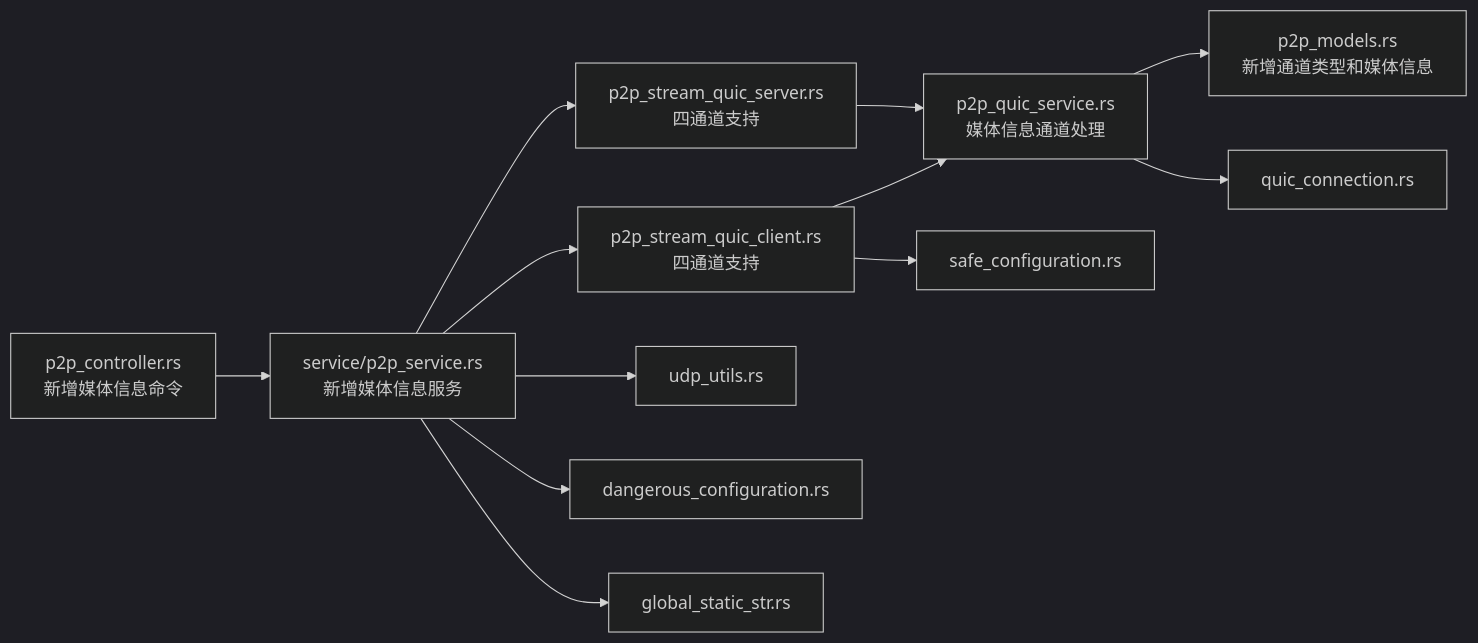
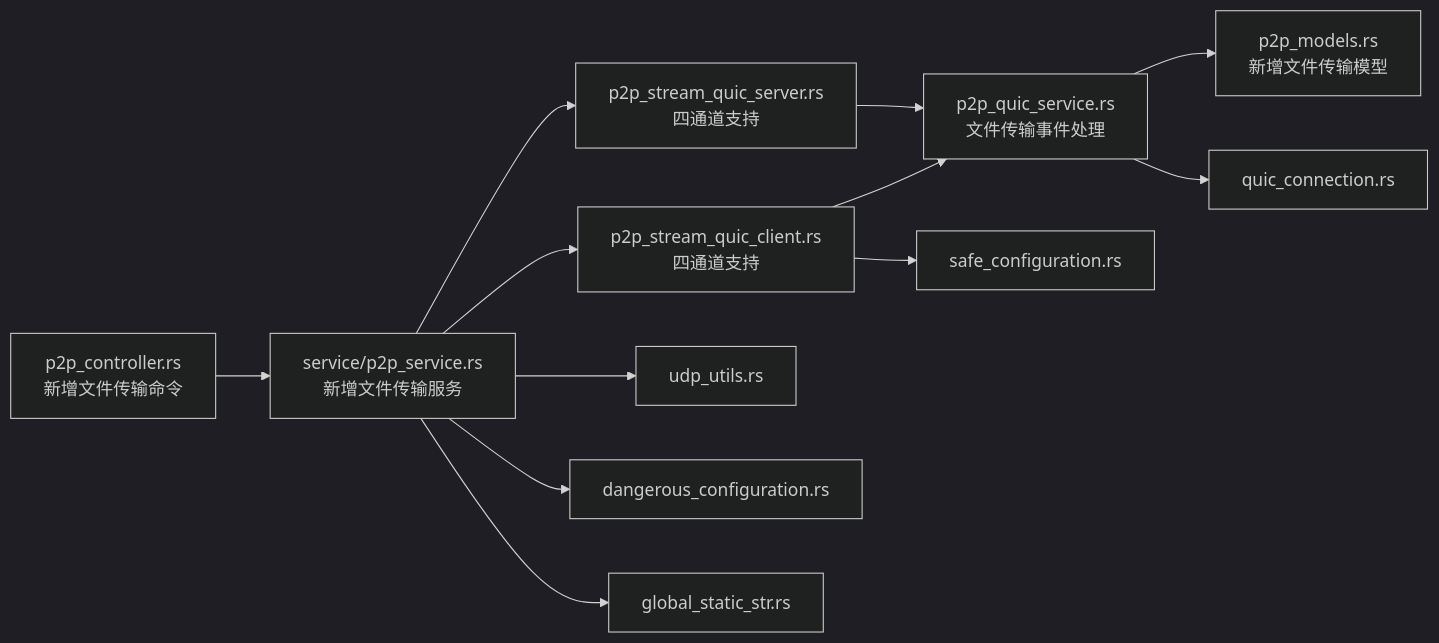
Diagram 13 of 17 in .qoder/repowiki/zh/content/后端服务/P2P服务.md (nicolastinger/only-talk-app), drawn with Mermaid (dark theme) before and after one commit. The commit also changed other lines of this file and 9 other files, not shown here.

````diff
--- a/.qoder/repowiki/zh/content/后端服务/P2P服务.md
+++ b/.qoder/repowiki/zh/content/后端服务/P2P服务.md
@@ -497,14 +697,14 @@
 ```mermaid
 graph LR
-CMD["p2p_controller.rs<br/>新增媒体信息命令"] --> SVC["service/p2p_service.rs<br/>新增媒体信息服务"]
+CMD["p2p_controller.rs<br/>新增文件传输命令"] --> SVC["service/p2p_service.rs<br/>新增文件传输服务"]
 SVC --> CLI["p2p_stream_quic_client.rs<br/>四通道支持"]
 SVC --> SRV["p2p_stream_quic_server.rs<br/>四通道支持"]
-CLI --> CORE["p2p_quic_service.rs<br/>媒体信息通道处理"]
+CLI --> CORE["p2p_quic_service.rs<br/>文件传输事件处理"]
 SRV --> CORE
 SVC --> UDP["udp_utils.rs"]
-CORE --> MODELS["p2p_models.rs<br/>新增通道类型和媒体信息"]
+CORE --> MODELS["p2p_models.rs<br/>新增文件传输模型"]
 SVC --> CFG_D["dangerous_configuration.rs"]
 CLI --> CFG_S["safe_configuration.rs"]
 CORE --> QCONN["quic_connection.rs"]
 SVC --> GLOB["global_static_str.rs"]
 ```
````
